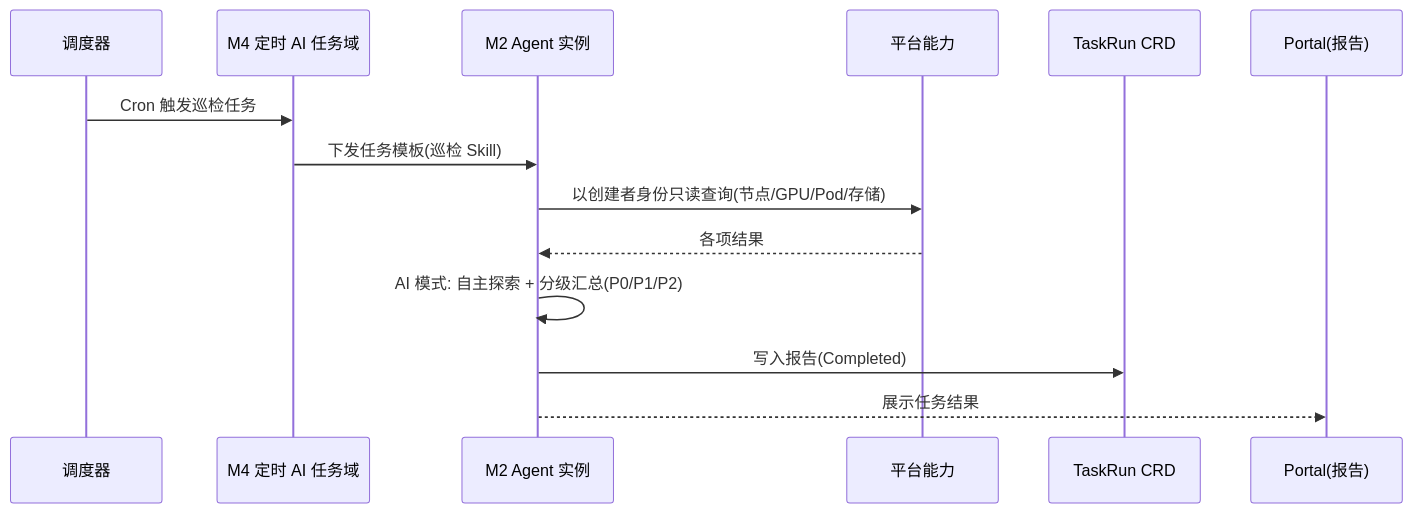
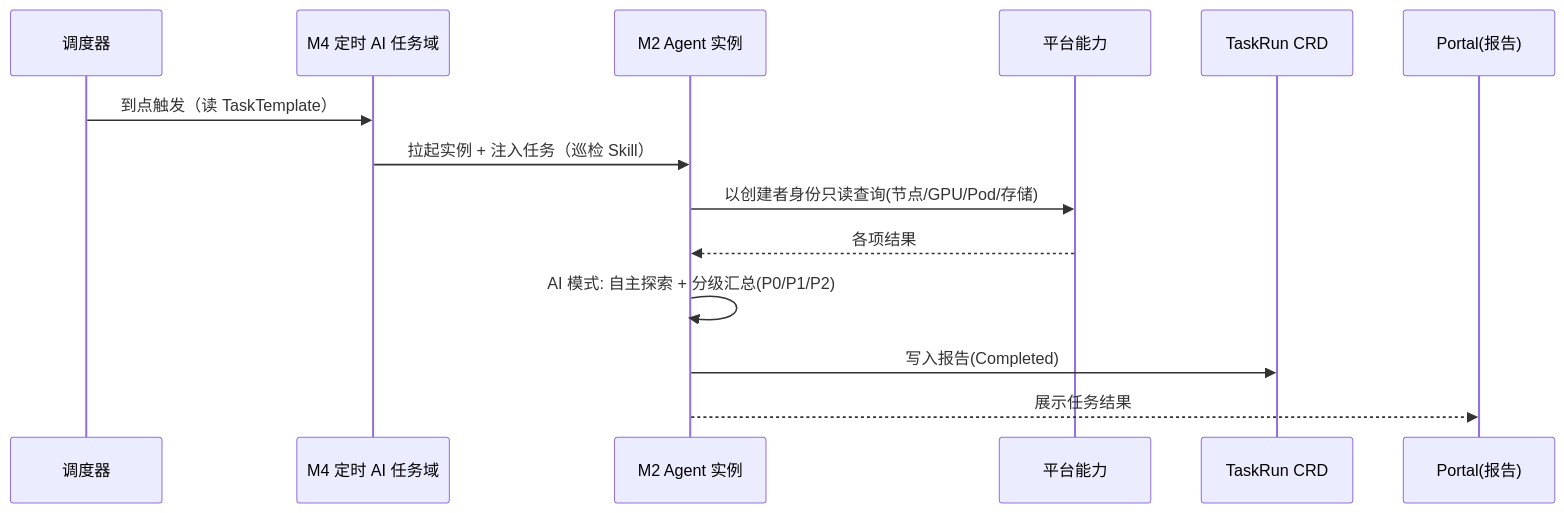
Before and after one commit to suanova/cubepilot: the fifth of 5 diagrams in docs/CubeStack-平台智能助手-CubePilot-模块设计文档.md, drawn with Mermaid. The commit also changed other lines of this file, not shown here.

Commit message:
docs: read sessions via OpenClaw /tools/invoke (drop phase-1 tables), replace cron with platform scheduler + TaskTemplate CRD

````diff
--- a/docs/CubeStack-平台智能助手-CubePilot-模块设计文档.md
+++ b/docs/CubeStack-平台智能助手-CubePilot-模块设计文档.md
@@ -500,17 +501,17 @@
 ```mermaid
 sequenceDiagram
     participant S as 调度器
     participant M4 as M4 定时 AI 任务域
     participant M2 as M2 Agent 实例
     participant K8s as 平台能力
     participant CRD as TaskRun CRD
     participant P as Portal(报告)
 
-    S->>M4: Cron 触发巡检任务
-    M4->>M2: 下发任务模板(巡检 Skill)
+    S->>M4: 到点触发（读 TaskTemplate）
+    M4->>M2: 拉起实例 + 注入任务（巡检 Skill）
     M2->>K8s: 以创建者身份只读查询(节点/GPU/Pod/存储)
     K8s-->>M2: 各项结果
     M2->>M2: AI 模式: 自主探索 + 分级汇总(P0/P1/P2)
     M2->>CRD: 写入报告(Completed)
     M2-->>P: 展示任务结果
 ```
````
